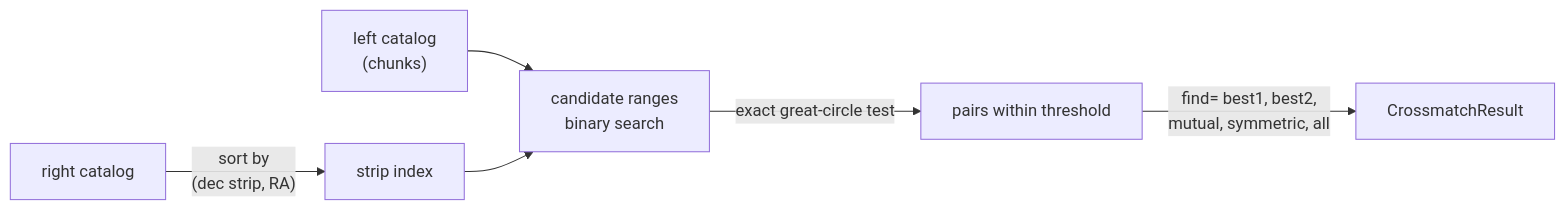
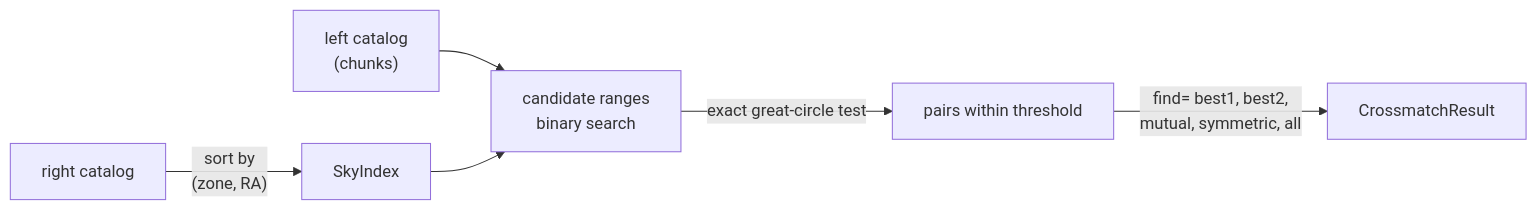
Before and after one commit to astroai/torchsky: the diagram in docs/catalogs/crossmatch.md, drawn with Mermaid. The commit also changed other lines of this file and 23 other files, not shown here.

````diff
--- a/docs/catalogs/crossmatch.md
+++ b/docs/catalogs/crossmatch.md
@@ -33,8 +35,8 @@
 ```mermaid
 flowchart LR
-    R["right catalog"] -->|"sort by<br/>(dec strip, RA)"| I["strip index"]
+    R["right catalog"] -->|"sort by<br/>(zone, RA)"| I["SkyIndex"]
     L["left catalog<br/>(chunks)"] --> C["candidate ranges<br/>binary search"]
     I --> C
     C -->|"exact great-circle test"| P["pairs within threshold"]
     P -->|"find= best1, best2,<br/>mutual, symmetric, all"| M["CrossmatchResult"]
 ```
````
